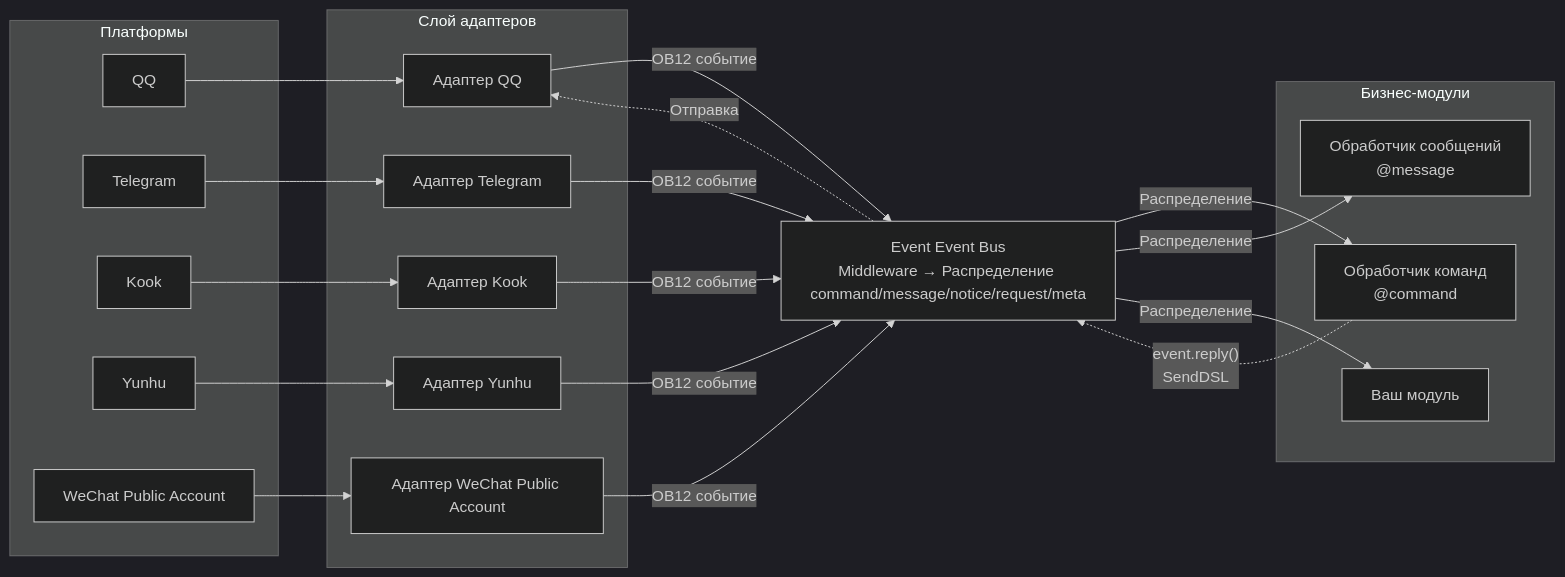
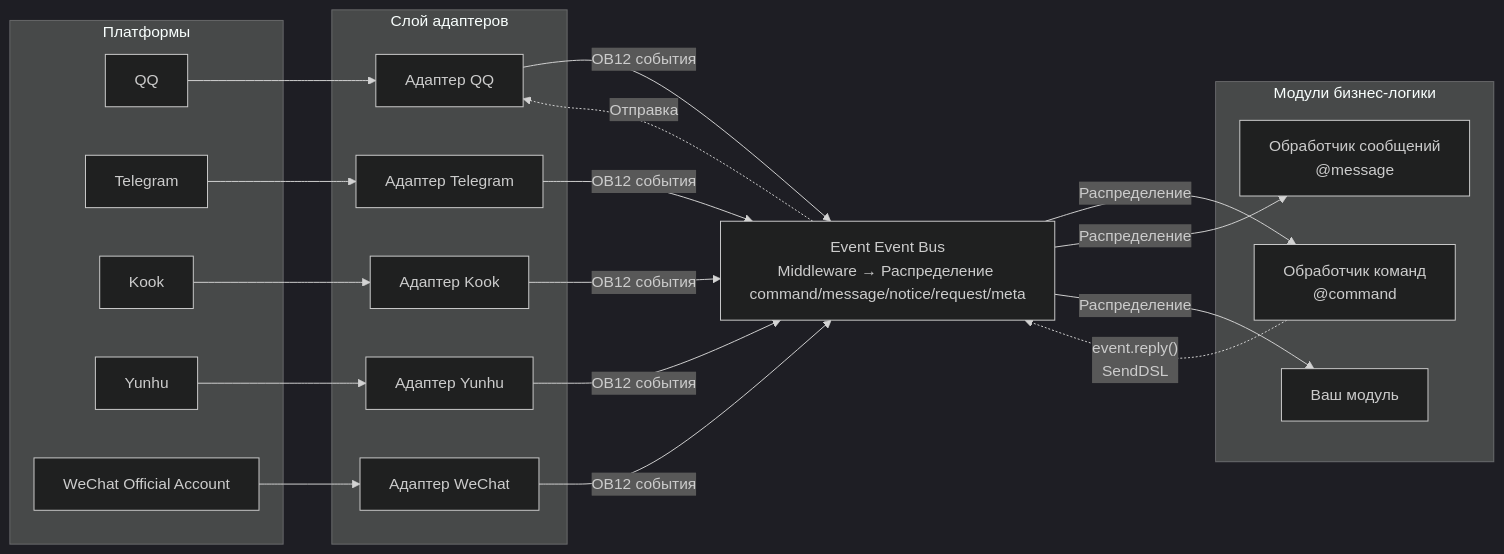
One commit to ErisPulse/ErisPulse changed the first of 2 diagrams in README.ru.md. Above: the diagram before and after it, drawn with Mermaid (dark theme). The commit also changed other lines of this file and 7 other files, not shown here.

````diff
--- a/README.ru.md
+++ b/README.ru.md
@@ -111,45 +111,45 @@
 ```mermaid
 graph LR
     subgraph Platforms[Платформы]
         QQ["QQ"]
         TG["Telegram"]
         Kook["Kook"]
         YH["Yunhu"]
-        WX["WeChat Public Account"]
+        WX["WeChat Official Account"]
     end
 
     subgraph Adapters[Слой адаптеров]
         A1["Адаптер QQ"]
         A2["Адаптер Telegram"]
         A3["Адаптер Kook"]
         A4["Адаптер Yunhu"]
-        A5["Адаптер WeChat Public Account"]
+        A5["Адаптер WeChat"]
     end
 
     Event["Event Event Bus<br/>Middleware → Распределение command/message/notice/request/meta"]
 
-    subgraph Modules[Бизнес-модули]
+    subgraph Modules[Модули бизнес-логики]
         M1["Обработчик команд<br/>@command"]
         M2["Обработчик сообщений<br/>@message"]
         M3["Ваш модуль"]
     end
 
     QQ --> A1
     TG --> A2
     Kook --> A3
     YH --> A4
     WX --> A5
 
-    A1 -->|"OB12 событие"| Event
-    A2 -->|"OB12 событие"| Event
-    A3 -->|"OB12 событие"| Event
-    A4 -->|"OB12 событие"| Event
-    A5 -->|"OB12 событие"| Event
+    A1 -->|"OB12 события"| Event
+    A2 -->|"OB12 события"| Event
+    A3 -->|"OB12 события"| Event
+    A4 -->|"OB12 события"| Event
+    A5 -->|"OB12 события"| Event
 
     Event -->|"Распределение"| M1
     Event -->|"Распределение"| M2
     Event -->|"Распределение"| M3
 
     M1 -.->|"event.reply()<br/>SendDSL"| Event
     Event -.->|"Отправка"| A1
 ```
````
